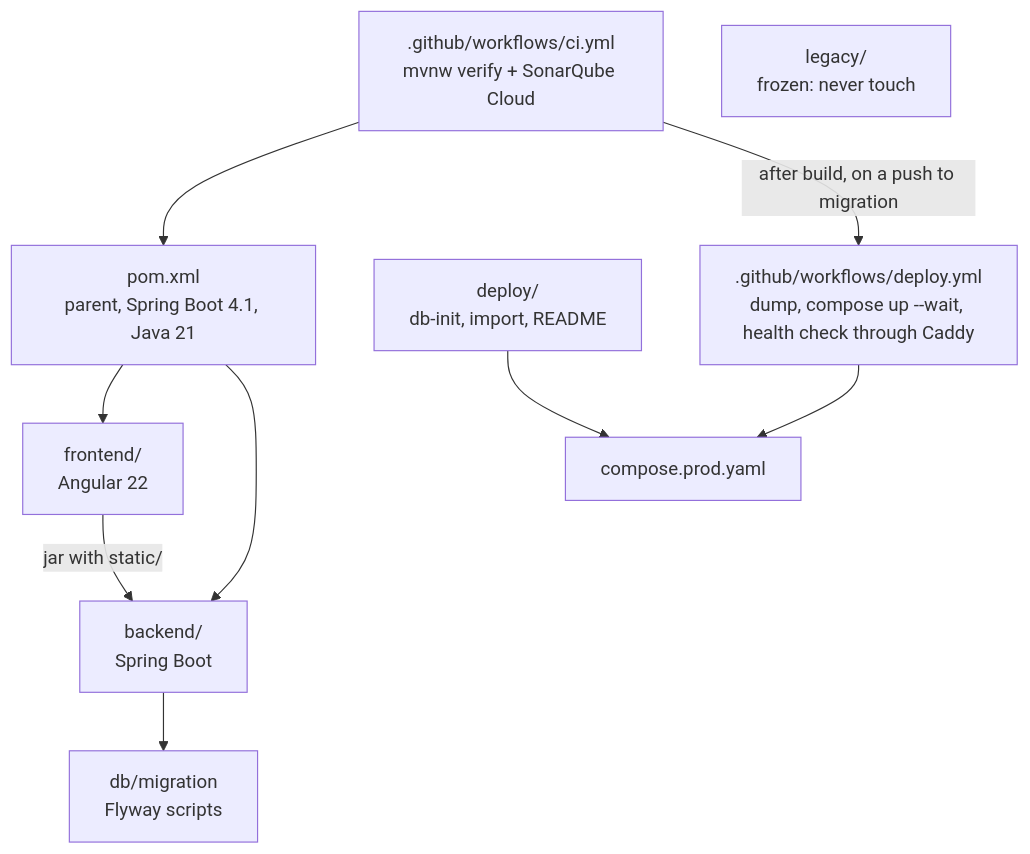
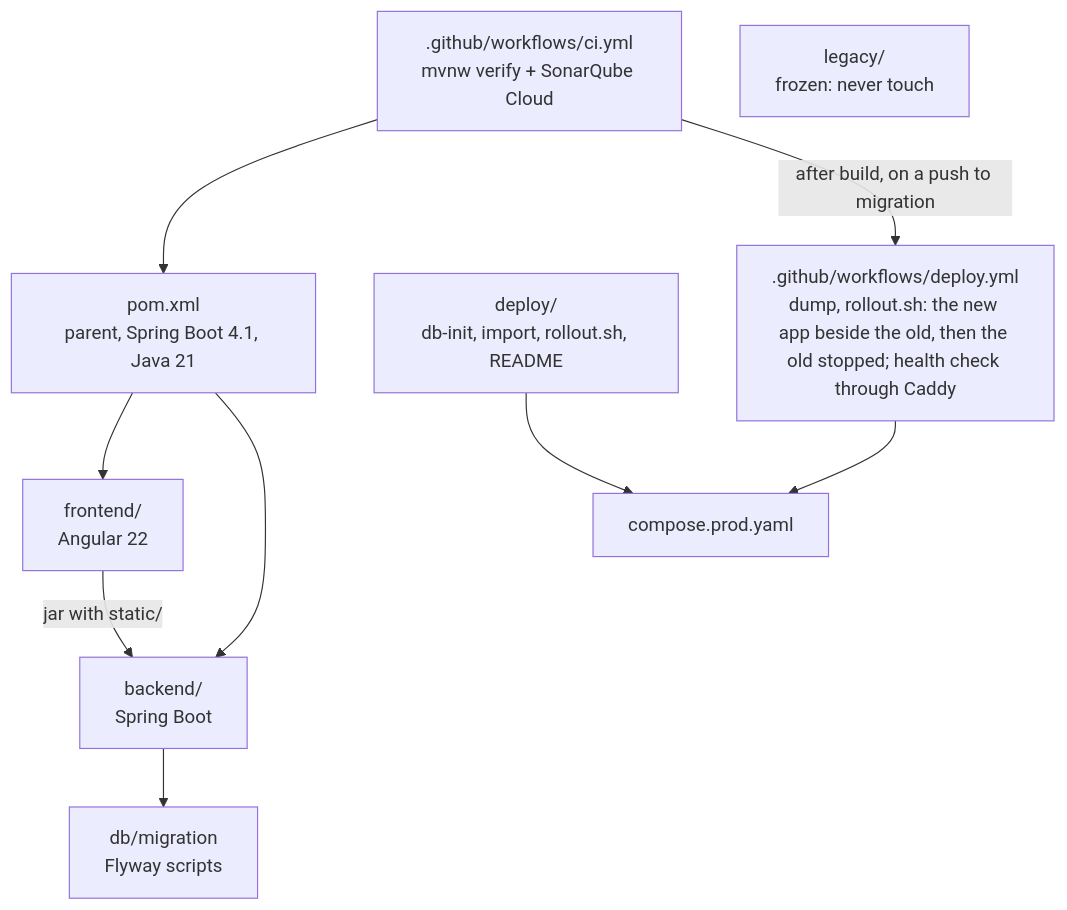
One commit to irmahs-labs/tournament-leaderboard changed the second of 7 diagrams in docs/context-graph.md. Above: the diagram before and after it, drawn with Mermaid. The commit also changed other lines of this file and 8 other files, not shown here.

````diff
--- a/docs/context-graph.md
+++ b/docs/context-graph.md
@@ -25,12 +25,12 @@
 ```mermaid
 flowchart TD
     root[pom.xml<br/>parent, Spring Boot 4.1, Java 21] --> fe[frontend/<br/>Angular 22]
     root --> be[backend/<br/>Spring Boot]
     fe -->|jar with static/| be
     be --> mig[db/migration<br/>Flyway scripts]
-    deploy[deploy/<br/>db-init, import, README] --> prod[compose.prod.yaml]
+    deploy[deploy/<br/>db-init, import, rollout.sh, README] --> prod[compose.prod.yaml]
     ci[.github/workflows/ci.yml<br/>mvnw verify + SonarQube Cloud] --> root
-    ci -->|"after build, on a push to migration"| dep[.github/workflows/deploy.yml<br/>dump, compose up --wait, health check through Caddy]
+    ci -->|"after build, on a push to migration"| dep[.github/workflows/deploy.yml<br/>dump, rollout.sh: the new app beside the old, then the old stopped; health check through Caddy]
     dep --> prod
     legacy[legacy/<br/>frozen: never touch]
 ```
````
